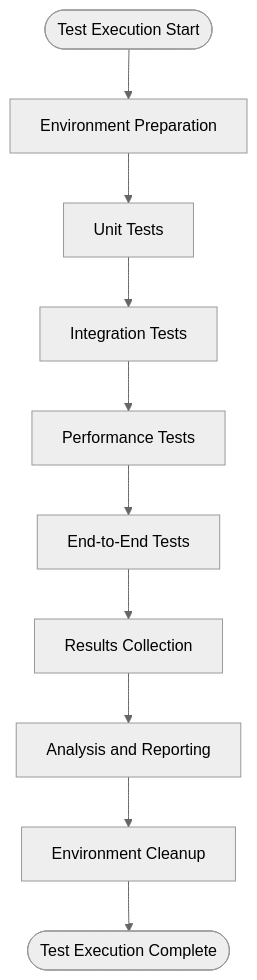
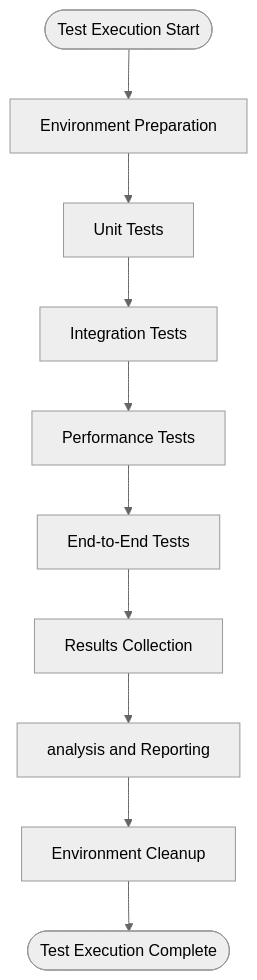
The second of 2 diagrams in docs/module_deep_dive/testing_framework_readme.md (buccancs/fyp-multi-sensor-recording-system), drawn with Mermaid (neutral theme) before and after one commit. The commit also changed other lines of this file and 58 other files, not shown here.

````diff
--- a/docs/module_deep_dive/testing_framework_readme.md
+++ b/docs/module_deep_dive/testing_framework_readme.md
@@ -75,26 +75,26 @@
 ```mermaid
 flowchart TD
     START([Test Execution Start])
     
     PREP[Environment Preparation]
     UNIT[Unit Tests]
     INTEGRATION[Integration Tests]
     PERFORMANCE[Performance Tests]
     E2E[End-to-End Tests]
     
     COLLECT[Results Collection]
-    ANALYS\1[Analysis and Reporting]
+    ANALYS\1[analysis and Reporting]
     CLEANUP[Environment Cleanup]
     
     END([Test Execution Complete])
     
     START --> PREP
     PREP --> UNIT
     UNIT --> INTEGRATION
     INTEGRATION --> PERFORMANCE
     PERFORMANCE --> E2E
     E2E --> COLLECT
     COLLECT --> ANALYS\1
     ANALYS\1 --> CLEANUP
     CLEANUP --> END
 ```
````
